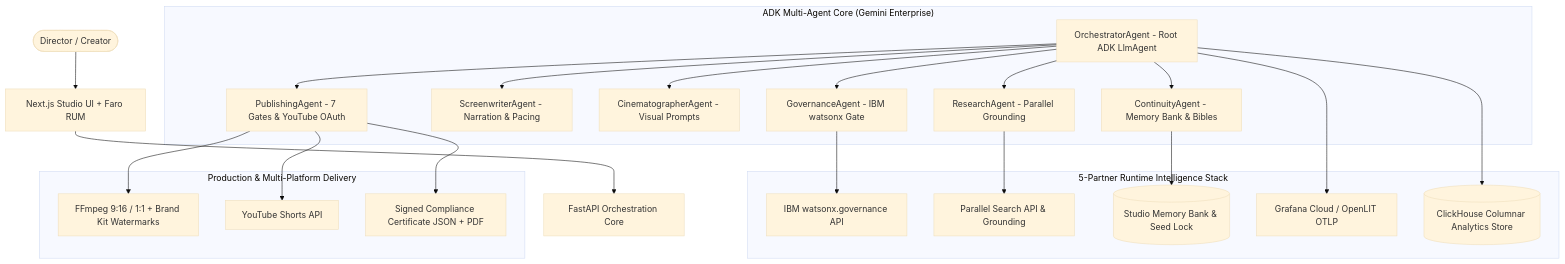
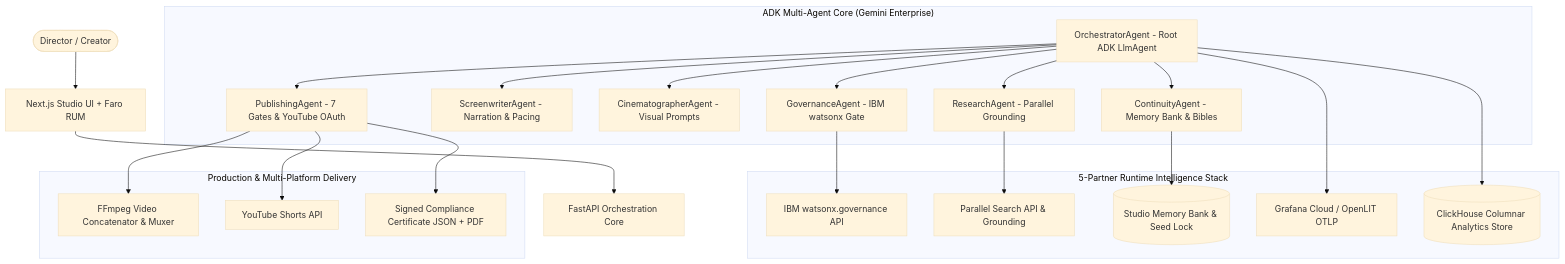
Before and after one commit to daryllrebeiro/content-gen-automator: the diagram in README.md, drawn with Mermaid (base theme). The commit also changed other lines of this file and 12 other files, not shown here.

````diff
--- a/README.md
+++ b/README.md
@@ -27,30 +27,30 @@
 ```mermaid
 graph TD
     Director([Director / Creator]) --> UI[Next.js Studio UI + Faro RUM]
     UI --> API[FastAPI Orchestration Core]
     
     subgraph "ADK Multi-Agent Core (Gemini Enterprise)"
         Orchestrator[OrchestratorAgent - Root ADK LlmAgent]
         
         Orchestrator --> ResearchAgent[ResearchAgent - Parallel Grounding]
         Orchestrator --> ScreenwriterAgent[ScreenwriterAgent - Narration & Pacing]
         Orchestrator --> CinematographerAgent[CinematographerAgent - Visual Prompts]
         Orchestrator --> ContinuityAgent[ContinuityAgent - Memory Bank & Bibles]
         Orchestrator --> GovernanceAgent[GovernanceAgent - IBM watsonx Gate]
         Orchestrator --> PublishingAgent[PublishingAgent - 7 Gates & YouTube OAuth]
     end
 
     subgraph "5-Partner Runtime Intelligence Stack"
         GovernanceAgent --> IBM[IBM watsonx.governance API]
         ResearchAgent --> Parallel[Parallel Search API & Grounding]
         ContinuityAgent --> MemoryBank[(Studio Memory Bank & Seed Lock)]
         Orchestrator --> GrafanaOTLP[Grafana Cloud / OpenLIT OTLP]
         Orchestrator --> ClickHouse[(ClickHouse Columnar Analytics Store)]
     end
 
     subgraph "Production & Multi-Platform Delivery"
-        PublishingAgent --> FFmpegStitch[FFmpeg 9:16 / 1:1 + Brand Kit Watermarks]
+        PublishingAgent --> FFmpegStitch[FFmpeg Video Concatenator & Muxer]
         PublishingAgent --> YouTubeLive[YouTube Shorts API]
         PublishingAgent --> CertService[Signed Compliance Certificate JSON + PDF]
     end
 ```
````
